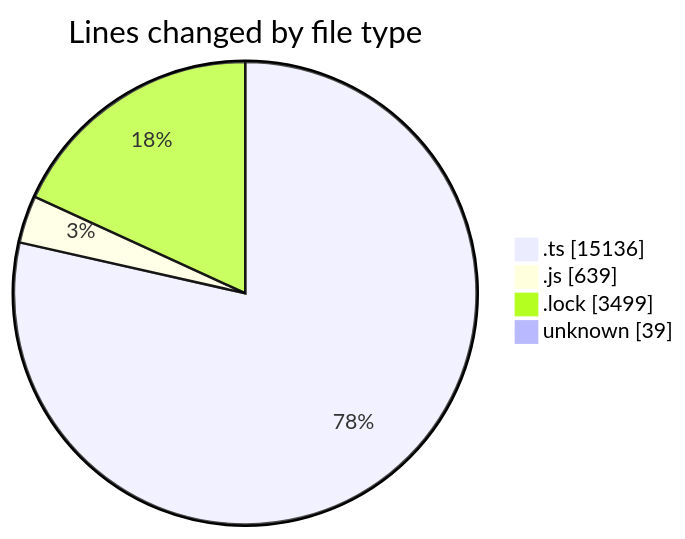
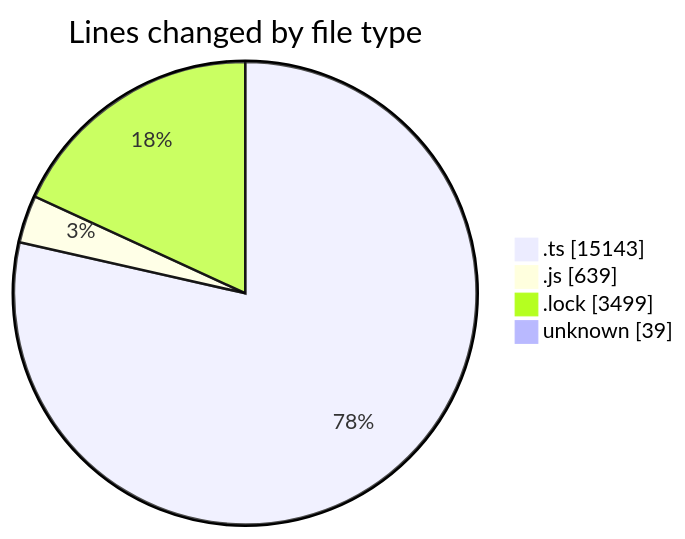
One commit to momahboobian/code-tracking changed the first of 2 diagrams in 2025-05-20/cda/README.md. Above: the diagram before and after it, drawn with Mermaid. The commit also changed other lines of this file and 1 other file, not shown here.

````diff
--- a/2025-05-20/cda/README.md
+++ b/2025-05-20/cda/README.md
@@ -31,8 +31,8 @@
 ```mermaid
 pie showData
 title Lines changed by file type
-".ts" : 15136
+".ts" : 15143
 ".js" : 639
 ".lock" : 3499
 "unknown" : 39
 ```
````
